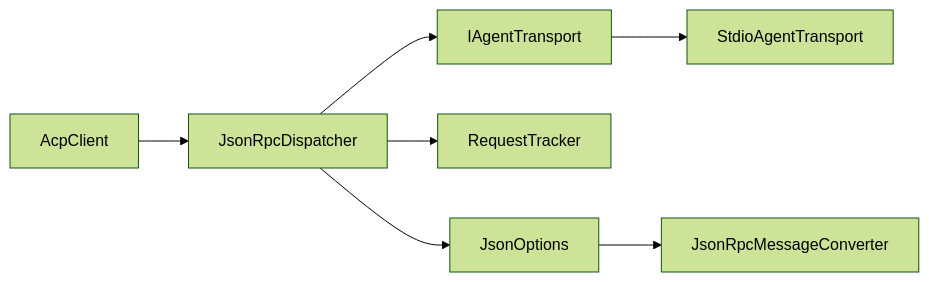
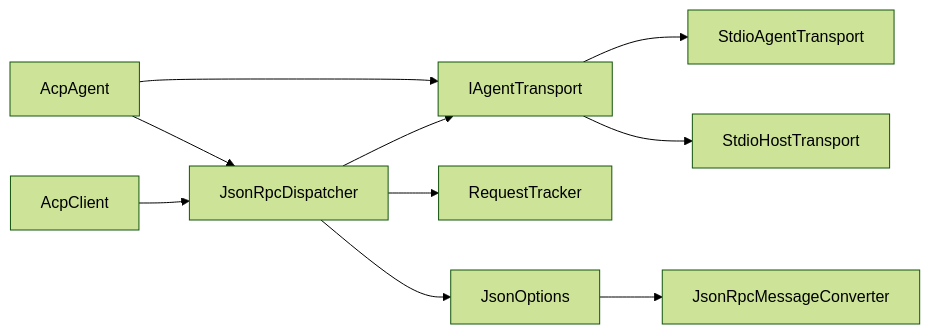
One commit to AgenticDesktop/ACPLibrary changed the fifth of 5 diagrams in .qoder/repowiki/zh/content/传输层/标准输入输出实现.md. Above: the diagram before and after it, drawn with Mermaid (forest theme). The commit also changed other lines of this file and 33 other files, not shown here.

````diff
--- a/.qoder/repowiki/zh/content/传输层/标准输入输出实现.md
+++ b/.qoder/repowiki/zh/content/传输层/标准输入输出实现.md
@@ -240,9 +324,12 @@
 ```mermaid
 graph LR
 A["AcpClient"] --> B["JsonRpcDispatcher"]
 B --> C["IAgentTransport"]
 C --> D["StdioAgentTransport"]
-B --> E["RequestTracker"]
-B --> F["JsonOptions"]
-F --> G["JsonRpcMessageConverter"]
+C --> E["StdioHostTransport"]
+B --> F["RequestTracker"]
+B --> G["JsonOptions"]
+G --> H["JsonRpcMessageConverter"]
+I["AcpAgent"] --> B
+I --> C
 ```
````
